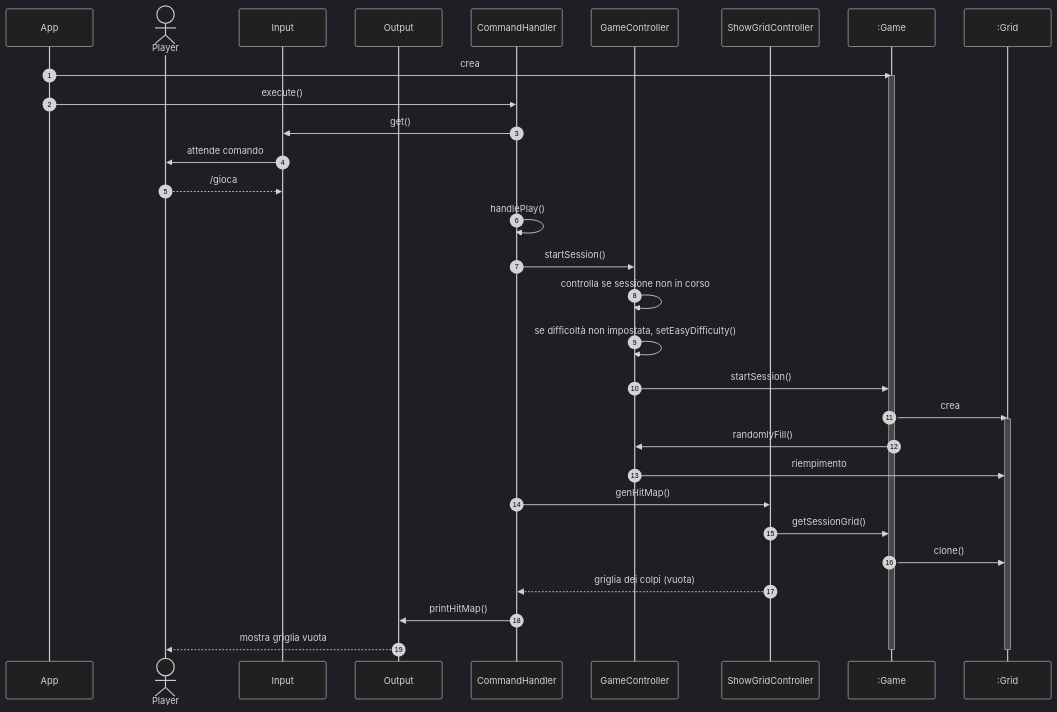
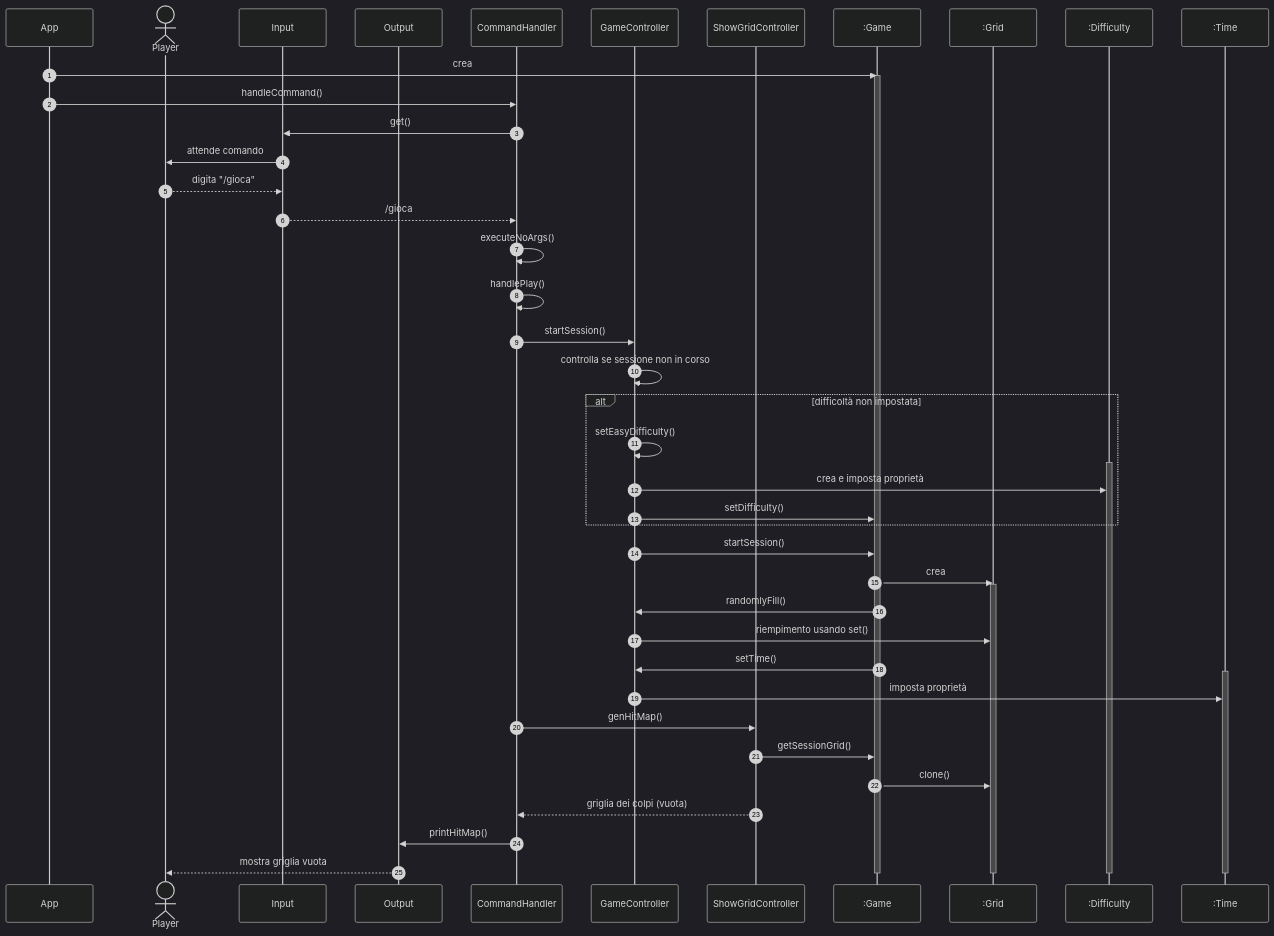
One commit to softeng2223-inf-uniba/progetto2223-thacker changed the second of 9 diagrams in docs/Report.md. Above: the diagram before and after it, drawn with Mermaid (dark theme). The commit also changed other lines of this file, not shown here.

Commit message:
Aggiornati diagrammi in 5.A.1 in Report

````diff
--- a/docs/Report.md
+++ b/docs/Report.md
@@ -203,41 +203,55 @@
 ```mermaid
 sequenceDiagram
   autonumber
 
   participant App
   actor Player
   participant Input
   participant Output
   participant CH as CommandHandler
   participant GaCo as GameController
   participant ShGriCo as ShowGridController
   participant Ga as :Game
   participant Grid as :Grid
+  participant Diff as :Difficulty
+  participant Time as :Time
 
   App ->> Ga : crea
   activate Ga
 
-  App ->> CH: execute()
+  App ->> CH: handleCommand()
   CH ->> Input: get()
   Input ->> Player: attende comando
-  Player -->> Input: /gioca
+  Player -->> Input: digita "/gioca"
+  Input -->> CH: /gioca
+  CH ->> CH: executeNoArgs()
   CH ->> CH: handlePlay()
   CH ->> GaCo: startSession()
   GaCo ->> GaCo: controlla se sessione non in corso
-  GaCo ->> GaCo: se difficoltà non impostata, setEasyDifficulty()
-  
+  alt difficoltà non impostata
+    GaCo ->> GaCo: setEasyDifficulty()
+    activate Diff
+    GaCo ->> Diff: crea e imposta proprietà
+    GaCo ->> Ga: setDifficulty()
+  end
   GaCo ->> Ga: startSession()
   Ga ->> Grid: crea
   activate Grid
   Ga ->> GaCo: randomlyFill()
-  GaCo ->> Grid: riempimento
+  GaCo ->> Grid: riempimento usando set()
+
+  Ga ->> GaCo: setTime()
+  activate Time
+  GaCo ->> Time: imposta proprietà
   CH ->> ShGriCo: genHitMap()
   ShGriCo ->> Ga: getSessionGrid()
   Ga ->> Grid: clone()
   ShGriCo -->> CH: griglia dei colpi (vuota)
   CH ->> Output: printHitMap()
   Output -->> Player : mostra griglia vuota
 
+  deactivate Diff
+  deactivate Time
   deactivate Grid
   deactivate Ga
 ```
````
